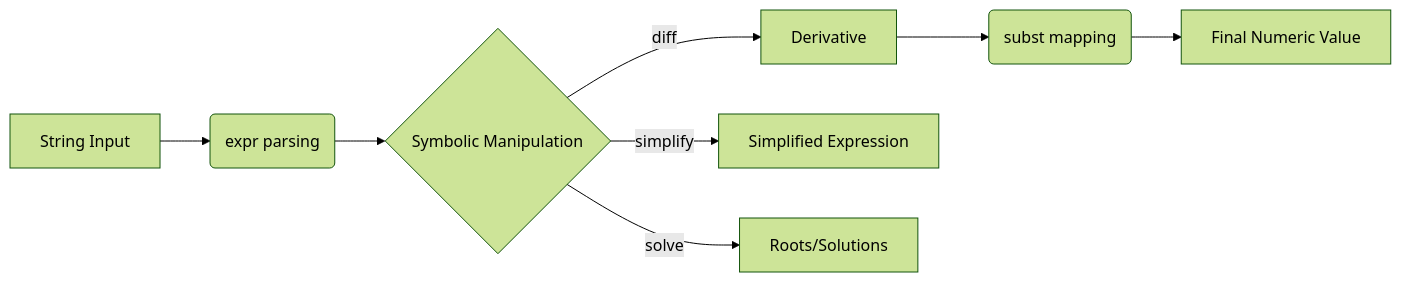
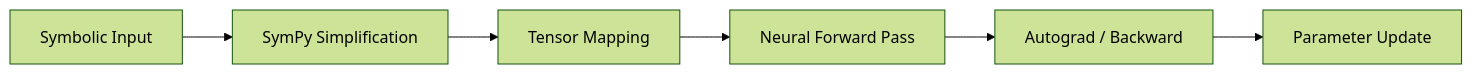
One commit to Darksider70-yep/Fiber changed the diagram in Documents/ai_and_symbolic.md. Above: the diagram before and after it, drawn with Mermaid (forest theme). The commit also changed other lines of this file and 2 other files, not shown here.

Commit message:
docs: add neural engine documentation and update README with v0.3-beta features and API reference

````diff
--- a/Documents/ai_and_symbolic.md
+++ b/Documents/ai_and_symbolic.md
@@ -9,10 +80,8 @@
 ```mermaid
 graph LR
-    A[String Input] --> B("expr parsing")
-    B --> C{Symbolic Manipulation}
-    C -->|diff| D[Derivative]
-    C -->|simplify| E[Simplified Expression]
-    C -->|solve| F[Roots/Solutions]
-    D --> G("subst mapping")
-    G --> H[Final Numeric Value]
+    A["Symbolic Input"] --> B["SymPy Simplification"]
+    B --> C["Tensor Mapping"]
+    C --> D["Neural Forward Pass"]
+    D --> E["Autograd / Backward"]
+    E --> F["Parameter Update"]
 ```
````
